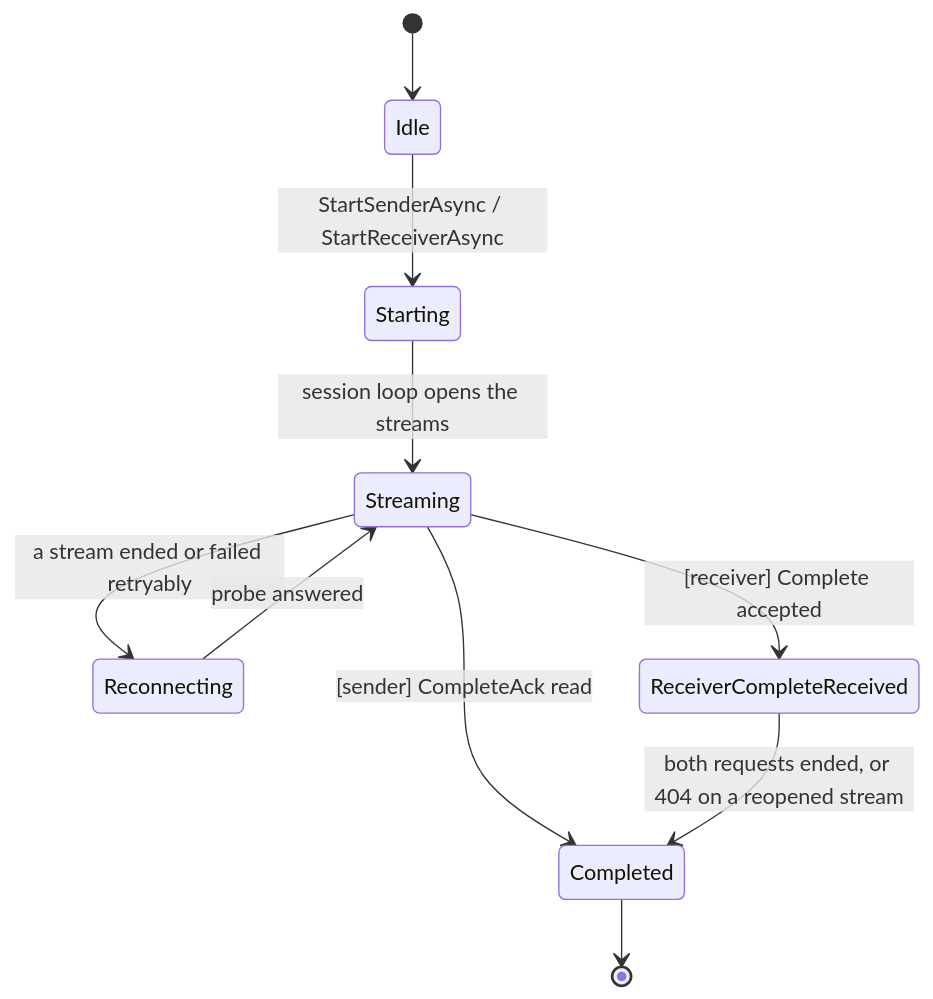
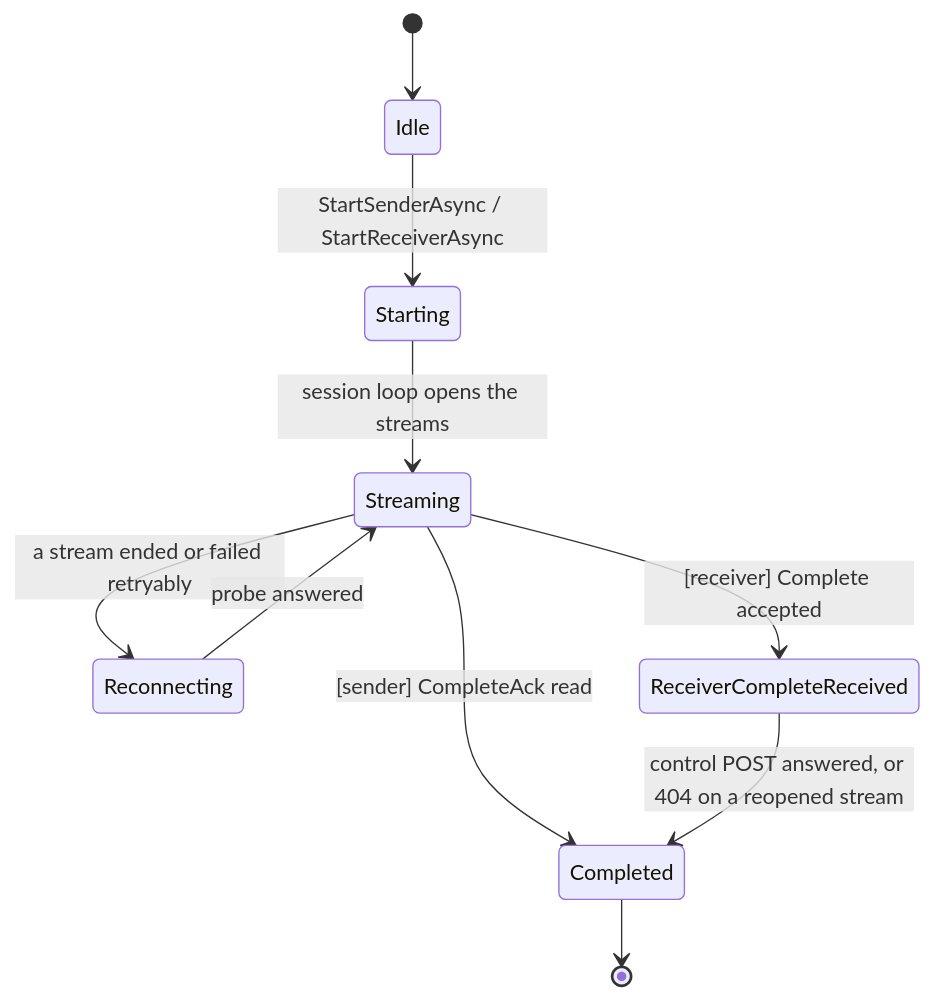
Before and after one commit to nicopon/transportr: the third of 3 diagrams in ResilienceArchitecture.md, drawn with Mermaid. The commit also changed other lines of this file and 5 other files, not shown here.

First line of the commit message:
fix(client): keep a completed receiver's data GET open until the hub ends it

````diff
--- a/ResilienceArchitecture.md
+++ b/ResilienceArchitecture.md
@@ -343,12 +346,12 @@
 ```mermaid
 stateDiagram-v2
     [*] --> Idle
     Idle --> Starting: StartSenderAsync / StartReceiverAsync
     Starting --> Streaming: session loop opens the streams
     Streaming --> Reconnecting: a stream ended or failed retryably
     Reconnecting --> Streaming: probe answered
     Streaming --> Completed: [sender] CompleteAck read
     Streaming --> ReceiverCompleteReceived: [receiver] Complete accepted
-    ReceiverCompleteReceived --> Completed: both requests ended, or 404 on a reopened stream
+    ReceiverCompleteReceived --> Completed: control POST answered, or 404 on a reopened stream
     Completed --> [*]
 ```
````
